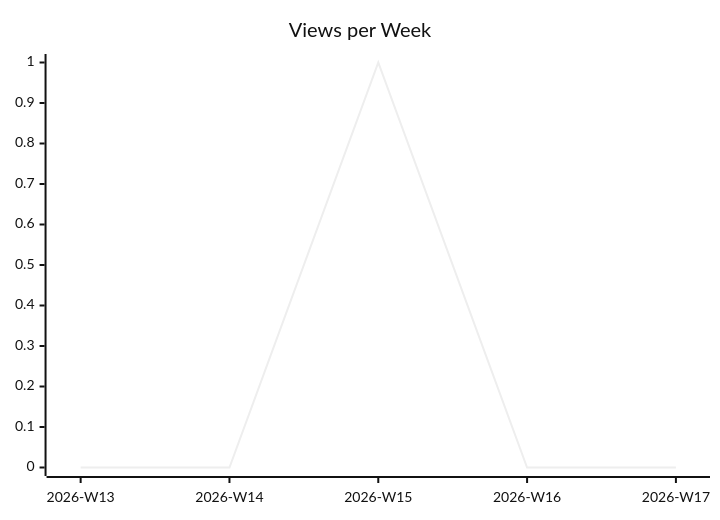
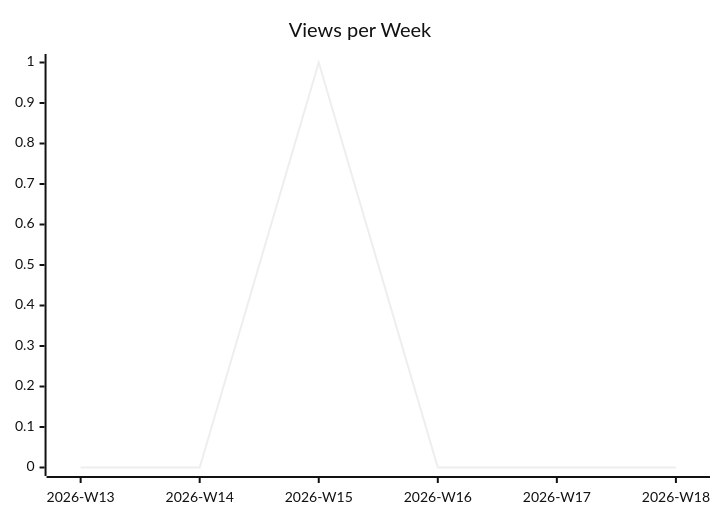
The second of 3 diagrams in karlmdavis/obsidian-operator/README.md (justdavis-family/github-analytics-data), drawn with Mermaid (neutral theme) before and after one commit. The commit also changed other lines of this file and 184 other files, not shown here.

````diff
--- a/karlmdavis/obsidian-operator/README.md
+++ b/karlmdavis/obsidian-operator/README.md
@@ -12,6 +12,6 @@
 ```mermaid
 xychart-beta
   title "Views per Week"
-  x-axis ["2026-W13", "2026-W14", "2026-W15", "2026-W16", "2026-W17"]
-  line [0, 0, 1, 0, 0]
+  x-axis ["2026-W13", "2026-W14", "2026-W15", "2026-W16", "2026-W17", "2026-W18"]
+  line [0, 0, 1, 0, 0, 0]
 ```
````
